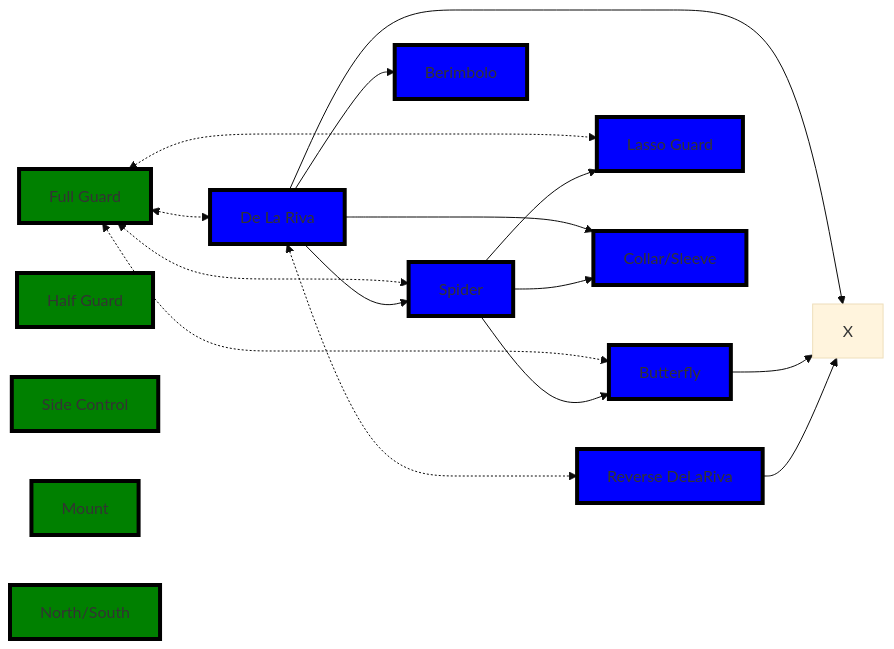
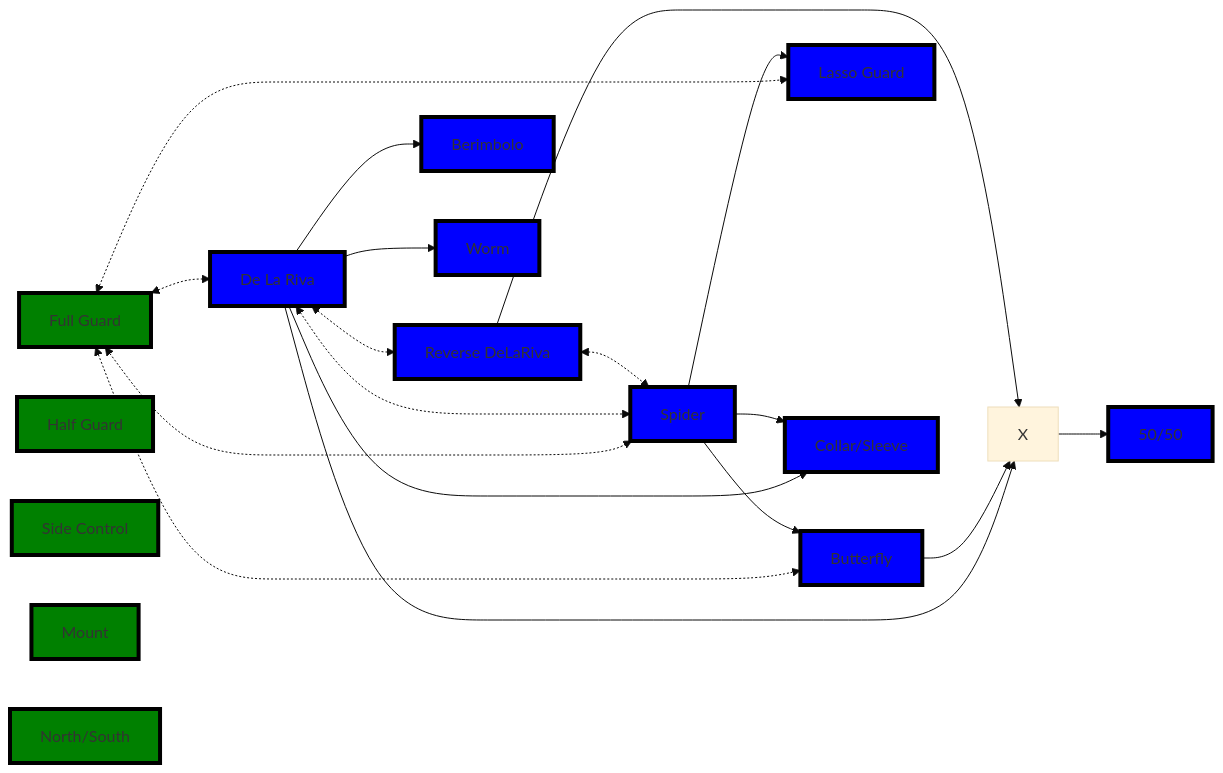
Before and after one commit to jacgit18/DevHiveMind: the diagram in _BJJ/Guards Directory.md, drawn with Mermaid (base theme). The commit also changed other lines of this file, not shown here.

````diff
--- a/_BJJ/Guards Directory.md
+++ b/_BJJ/Guards Directory.md
@@ -18,55 +17,65 @@
 ``` mermaid
 flowchart LR
     A[Full Guard] 
     B[De La Riva] 
     C[Spider]
     D[Butterfly]
     E[Lasso Guard]
     F[X]
 	G[Collar/Sleeve]
 	H[Half Guard] 
 	I[Side Control] 
 	J[Mount] 
 	K[North/South] 
 	L[Reverse DeLaRiva] 
 	M[Berimbolo]
+	N[50/50]
+	O[Worm]
 	
     A <-.-> B
     A <-.-> C
     A <-.-> D
     A <-.-> E
-    B --> C
+    B <-.-> C
     B --> F
     B --> G
     B <-.-> L
     B --> M
+    B --> O
     C --> D
     C --> E
     C --> G
 	D --> F
+	F --> N
+	L <-.-> C
 	L --> F
+
 
 style A fill:green,stroke:black,stroke-width:4px,shadow:shadow
 
 style B fill:blue,stroke:black,stroke-width:4px,shadow:shadow
 
 style C fill:blue,stroke:black,stroke-width:4px,shadow:shadow
 
 style D fill:blue,stroke:black,stroke-width:4px,shadow:shadow
 
 style E fill:blue,stroke:black,stroke-width:4px,shadow:shadow
 
 style G fill:blue,stroke:black,stroke-width:4px,shadow:shadow
 
 style H fill:green,stroke:black,stroke-width:4px,shadow:shadow
 
 style I fill:green,stroke:black,stroke-width:4px,shadow:shadow
 
 style J fill:green,stroke:black,stroke-width:4px,shadow:shadow
 
 style K fill:green,stroke:black,stroke-width:4px,shadow:shadow
 
 style L fill:blue,stroke:black,stroke-width:4px,shadow:shadow
 
 style M fill:blue,stroke:black,stroke-width:4px,shadow:shadow
+
+style N fill:blue,stroke:black,stroke-width:4px,shadow:shadow
+
+style O fill:blue,stroke:black,stroke-width:4px,shadow:shadow
 ```
````
